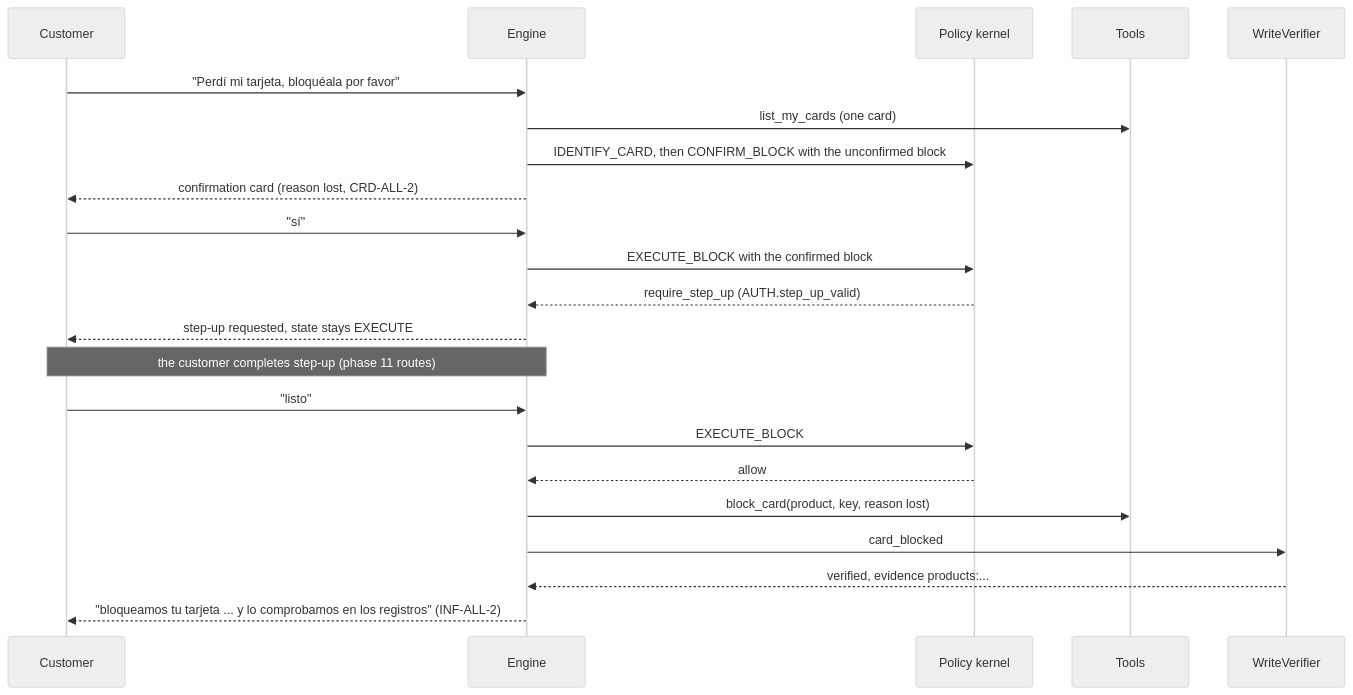
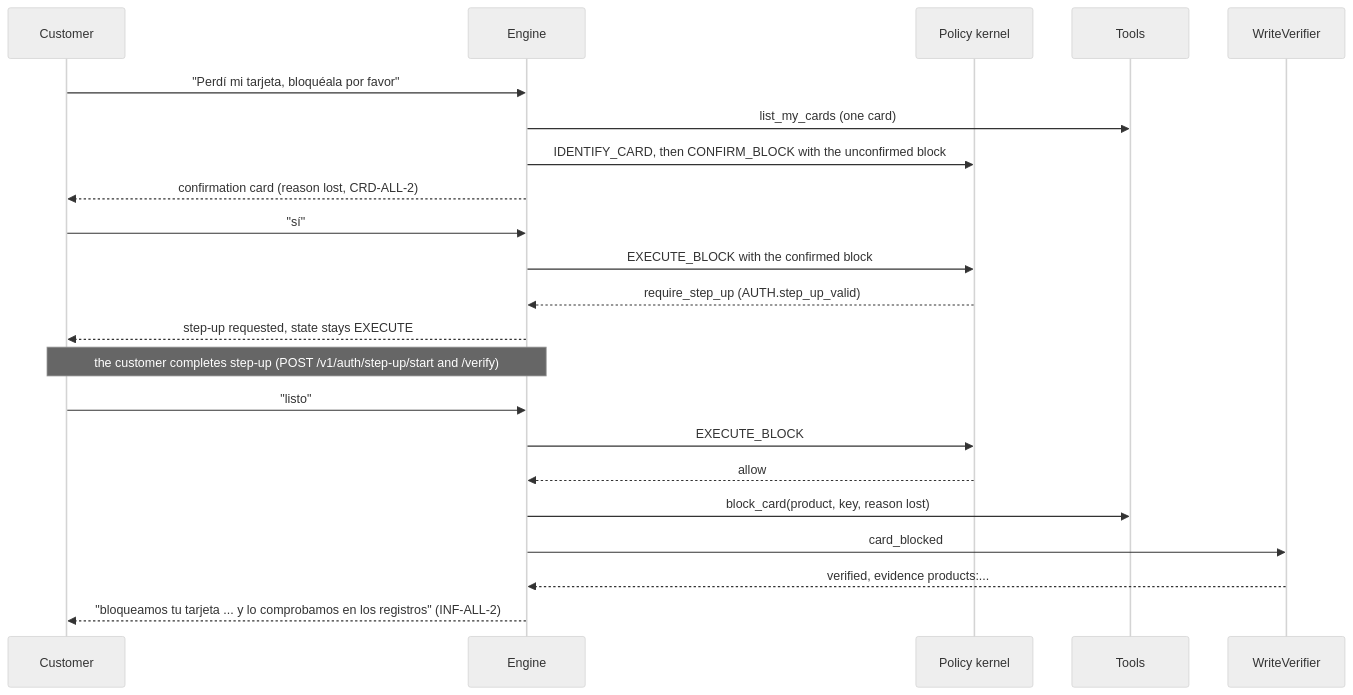
One commit to Youngermaster/factored-hackathon-2026-la-brasil-del-70 changed the second of 4 diagrams in docs/workflows/card-support.md. Above: the diagram before and after it, drawn with Mermaid (neutral theme). The commit also changed other lines of this file and 17 other files, not shown here.

````diff
--- a/docs/workflows/card-support.md
+++ b/docs/workflows/card-support.md
@@ -61,24 +61,24 @@
 ```mermaid
 sequenceDiagram
     participant C as Customer
     participant E as Engine
     participant K as Policy kernel
     participant T as Tools
     participant V as WriteVerifier
     C->>E: "Perdí mi tarjeta, bloquéala por favor"
     E->>T: list_my_cards (one card)
     E->>K: IDENTIFY_CARD, then CONFIRM_BLOCK with the unconfirmed block
     E-->>C: confirmation card (reason lost, CRD-ALL-2)
     C->>E: "sí"
     E->>K: EXECUTE_BLOCK with the confirmed block
     K-->>E: require_step_up (AUTH.step_up_valid)
     E-->>C: step-up requested, state stays EXECUTE
-    Note over C,E: the customer completes step-up (phase 11 routes)
+    Note over C,E: the customer completes step-up (POST /v1/auth/step-up/start and /verify)
     C->>E: "listo"
     E->>K: EXECUTE_BLOCK
     K-->>E: allow
     E->>T: block_card(product, key, reason lost)
     E->>V: card_blocked
     V-->>E: verified, evidence products:...
     E-->>C: "bloqueamos tu tarjeta ... y lo comprobamos en los registros" (INF-ALL-2)
 ```
````
